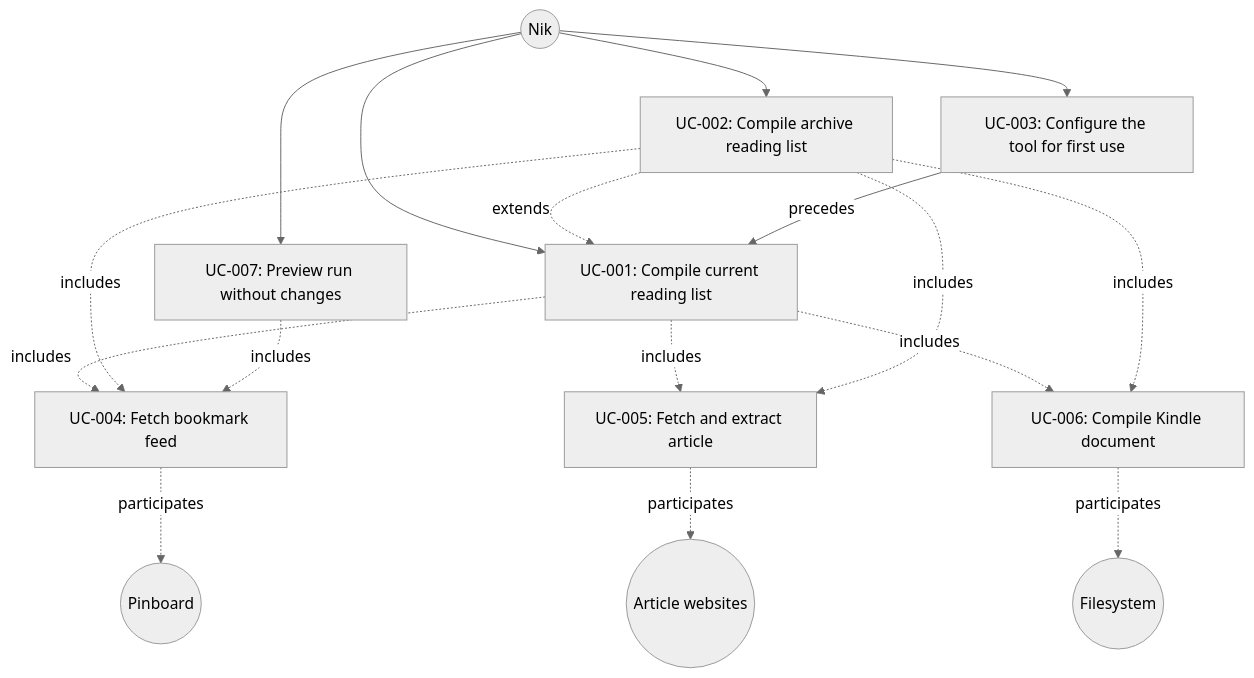
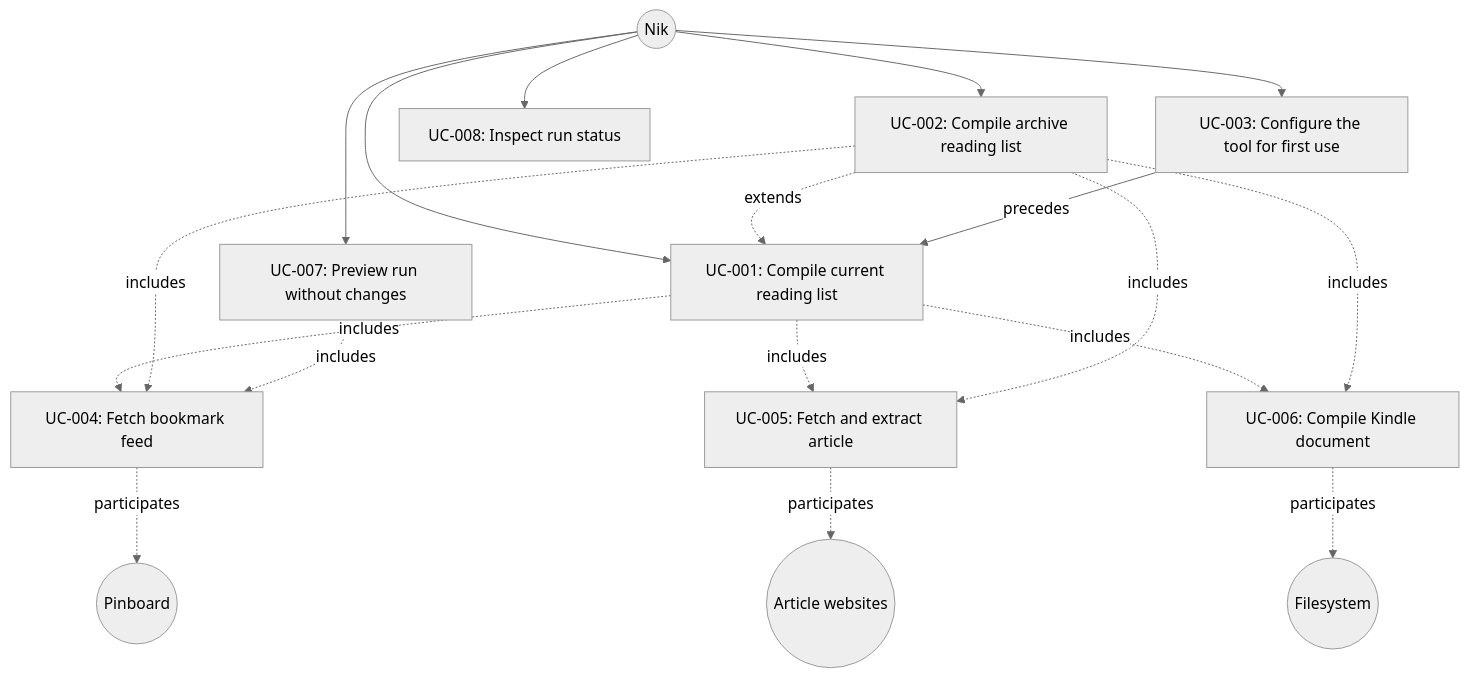
Before and after one commit to niksilver/Wharfinger-Courier: the diagram in .arness/use-cases/README.md, drawn with Mermaid (neutral theme). The commit also changed other lines of this file and 6 other files, not shown here.

````diff
--- a/.arness/use-cases/README.md
+++ b/.arness/use-cases/README.md
@@ -32,45 +33,48 @@
 ```mermaid
 graph TB
     Nik((Nik))
     Pinboard((Pinboard))
     ArticleWebsites((Article websites))
     Filesystem((Filesystem))
 
     UC001[UC-001: Compile current reading list]
     UC002[UC-002: Compile archive reading list]
     UC003[UC-003: Configure the tool for first use]
     UC004[UC-004: Fetch bookmark feed]
     UC005[UC-005: Fetch and extract article]
     UC006[UC-006: Compile Kindle document]
     UC007[UC-007: Preview run without changes]
+    UC008[UC-008: Inspect run status]
 
     Nik --> UC001
     Nik --> UC002
     Nik --> UC003
     Nik --> UC007
+    Nik --> UC008
 
     UC001 -.includes.-> UC004
     UC001 -.includes.-> UC005
     UC001 -.includes.-> UC006
 
     UC002 -.extends.-> UC001
     UC002 -.includes.-> UC004
     UC002 -.includes.-> UC005
     UC002 -.includes.-> UC006
 
     UC003 -- precedes --> UC001
 
     UC007 -.includes.-> UC004
 
     UC004 -.participates.-> Pinboard
     UC005 -.participates.-> ArticleWebsites
     UC006 -.participates.-> Filesystem
 
     click UC001 "./UC-001-compile-current-reading-list.md" "Open use case"
     click UC002 "./UC-002-compile-archive-reading-list.md" "Open use case"
     click UC003 "./UC-003-configure-the-tool-for-first-use.md" "Open use case"
     click UC004 "./UC-004-fetch-bookmark-feed.md" "Open use case"
     click UC005 "./UC-005-fetch-and-extract-article.md" "Open use case"
     click UC006 "./UC-006-compile-kindle-document.md" "Open use case"
     click UC007 "./UC-007-preview-run-without-changes.md" "Open use case"
+    click UC008 "./UC-008-inspect-run-status.md" "Open use case"
 ```
````
